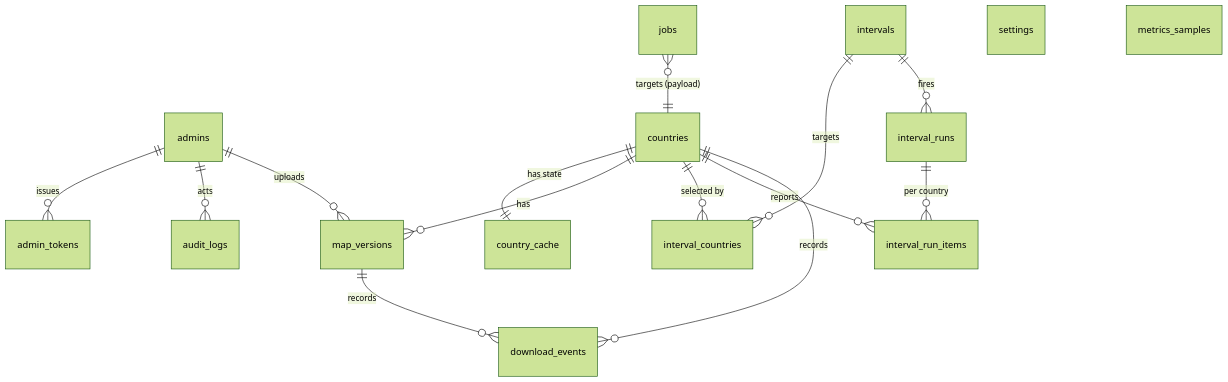
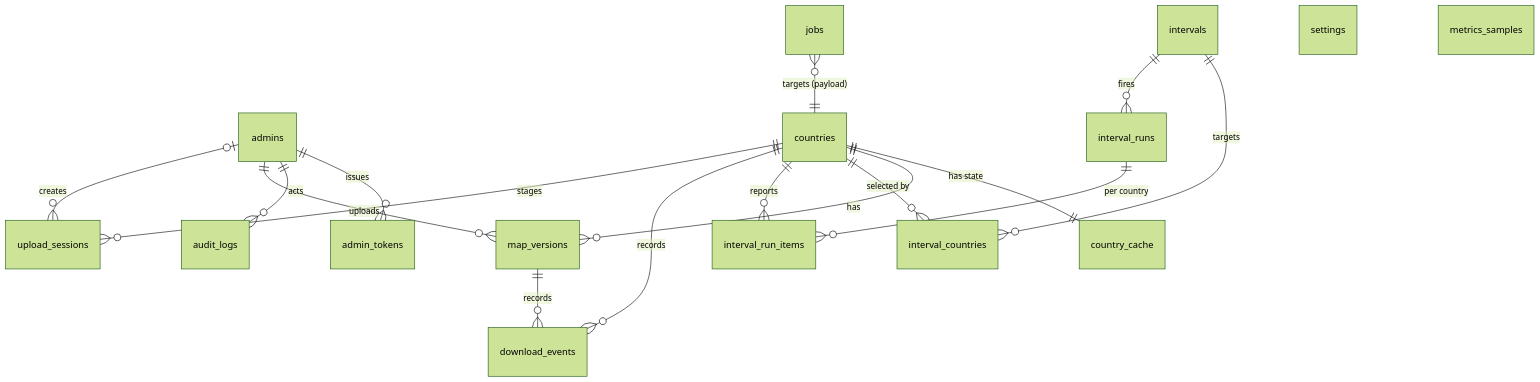
The diagram in docs/03-data-model.md (komeilm76/mapirror), drawn with Mermaid (forest theme) before and after one commit. The commit also changed other lines of this file and 19 other files, not shown here.

````diff
--- a/docs/03-data-model.md
+++ b/docs/03-data-model.md
@@ -20,18 +20,20 @@
 ```mermaid
 erDiagram
   admins ||--o{ admin_tokens : "issues"
   admins ||--o{ audit_logs : "acts"
   admins ||--o{ map_versions : "uploads"
   countries ||--|| country_cache : "has state"
   countries ||--o{ map_versions : "has"
   countries ||--o{ interval_countries : "selected by"
   intervals ||--o{ interval_countries : "targets"
   intervals ||--o{ interval_runs : "fires"
   interval_runs ||--o{ interval_run_items : "per country"
   countries ||--o{ interval_run_items : "reports"
   countries ||--o{ download_events : "records"
   map_versions ||--o{ download_events : "records"
+  countries ||--o{ upload_sessions : "stages"
+  admins o|--o{ upload_sessions : "creates"
   jobs }o--|| countries : "targets (payload)"
   settings
   metrics_samples
 ```
````
